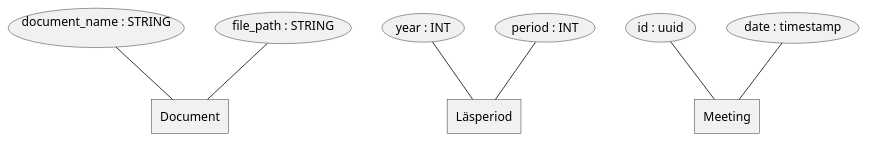
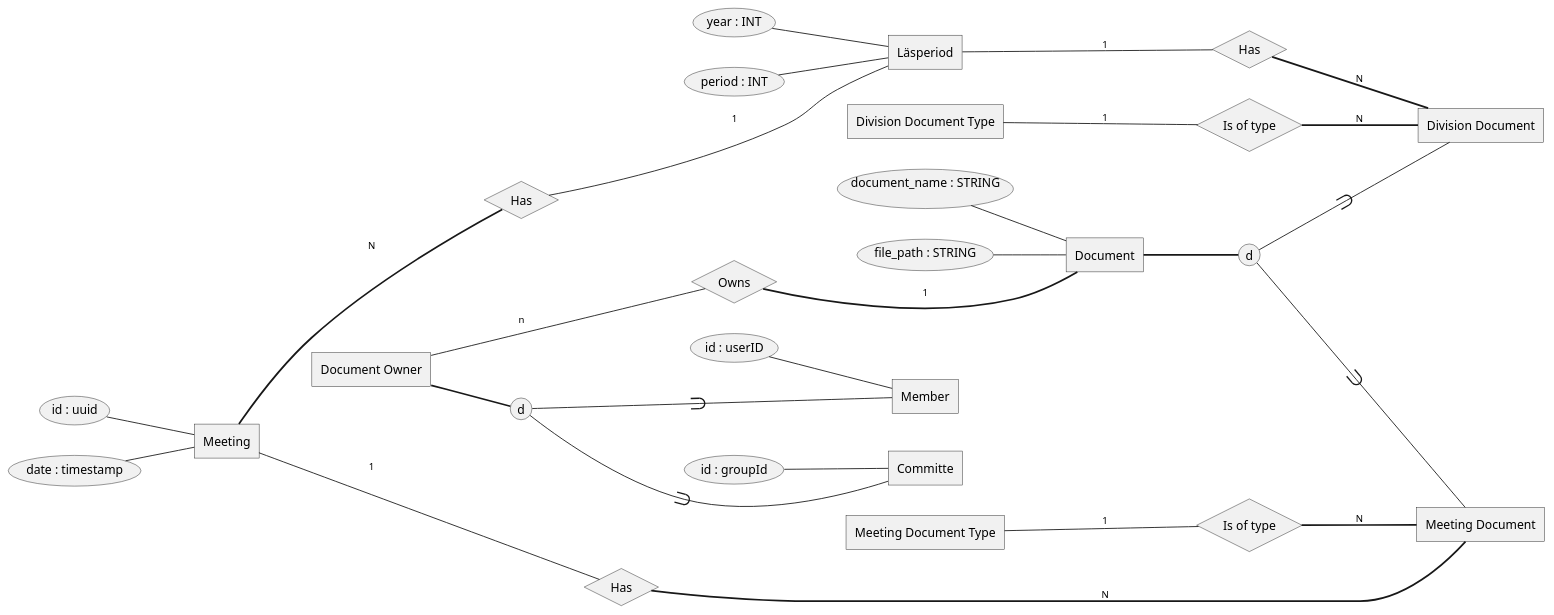
One commit to cthit/SummIT changed the diagram in documentation/er.puml. Above: the diagram before and after it, drawn with PlantUML.

Commit message:
det finns ett eer diagram nu :)

```diff
--- a/documentation/er.puml
+++ b/documentation/er.puml
@@ -1,18 +1,91 @@
 @startchen data_base_diagram
+left to right direction
 
 entity "Document" as Doc {
     document_name : STRING
     file_path : STRING
 }
+
+entity "Division Document" as DivisionDoc {
+
+}
+
+entity "Division Document Type" as DivisionDocType {
+
+}
+
+entity "Meeting Document" as MeetingDoc {
+
+}
+
+entity "Meeting Document Type" as MeetingDocType {
+
+}
+
+entity "Committe" as Committe {
+    id : groupId
+}
+
+entity "Member" as Member {
+    id : userID
+}
+
+entity "Document Owner" as DocOwner{
+
+}
+
+relationship "Owns" as DocOwnerOwnsDoc {
+
+}
+
+DocOwner -n- DocOwnerOwnsDoc
+DocOwnerOwnsDoc =1= Doc
+DocOwner =>= d {Committe, Member}
 
 entity "Läsperiod" as StudyPeriod {
     year : INT
     period : INT
 }
 
 entity "Meeting" as Meeting {
     id : uuid
     date : timestamp
 }
 
+relationship "Has" as StudyPeriodHasMeeting {
+}
+
+Meeting =N= StudyPeriodHasMeeting
+StudyPeriodHasMeeting -1- StudyPeriod
+
+Doc =>= d {DivisionDoc, MeetingDoc}
+
+relationship "Has" as StudyPeriodHasDivisionDoc {
+
+}
+
+StudyPeriod -1- StudyPeriodHasDivisionDoc
+StudyPeriodHasDivisionDoc =N= DivisionDoc
+
+relationship "Has" as MeetingHasMeetingDoc {
+
+}
+
+Meeting -1- MeetingHasMeetingDoc
+MeetingHasMeetingDoc =N= MeetingDoc
+
+relationship "Is of type" as DivOfType {
+
+}
+
+relationship "Is of type" as MeetOfType {
+    
+}
+
+DivisionDocType -1- DivOfType
+DivOfType =N= DivisionDoc
+
+MeetingDocType -1- MeetOfType
+MeetOfType =N= MeetingDoc
+
 @endchen
```
